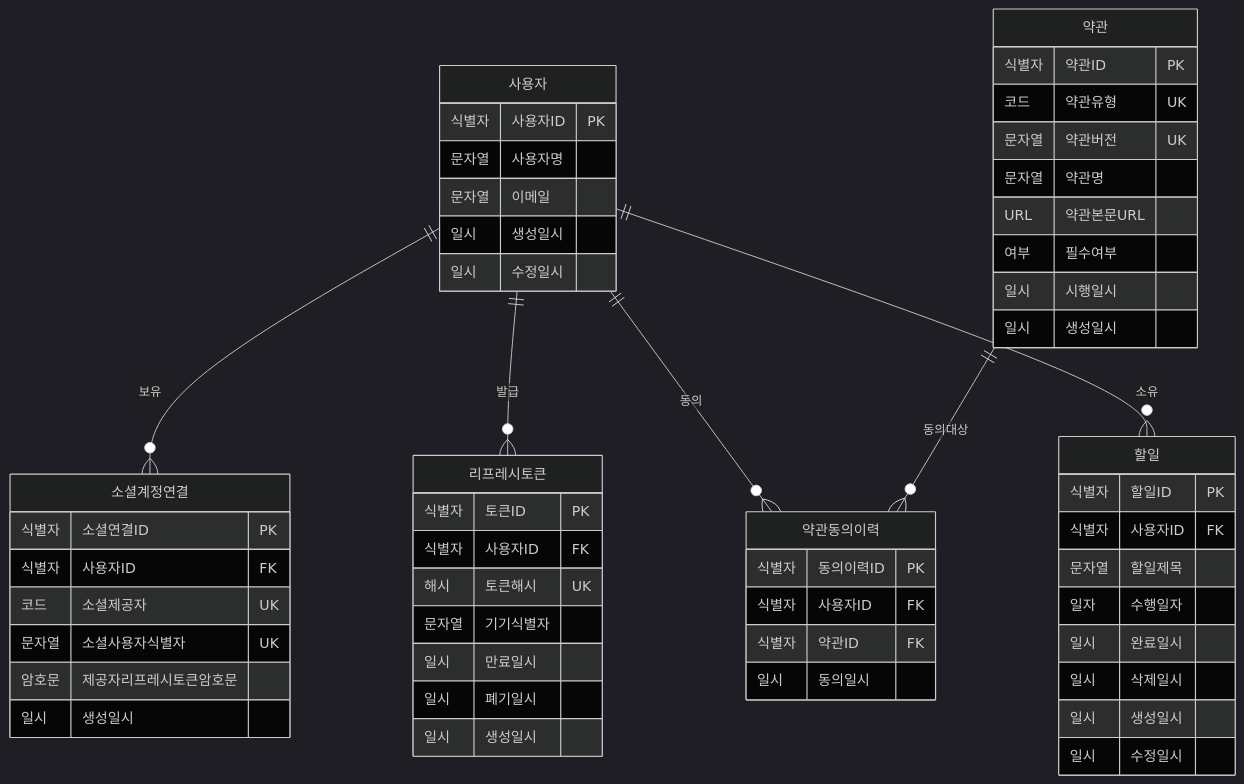
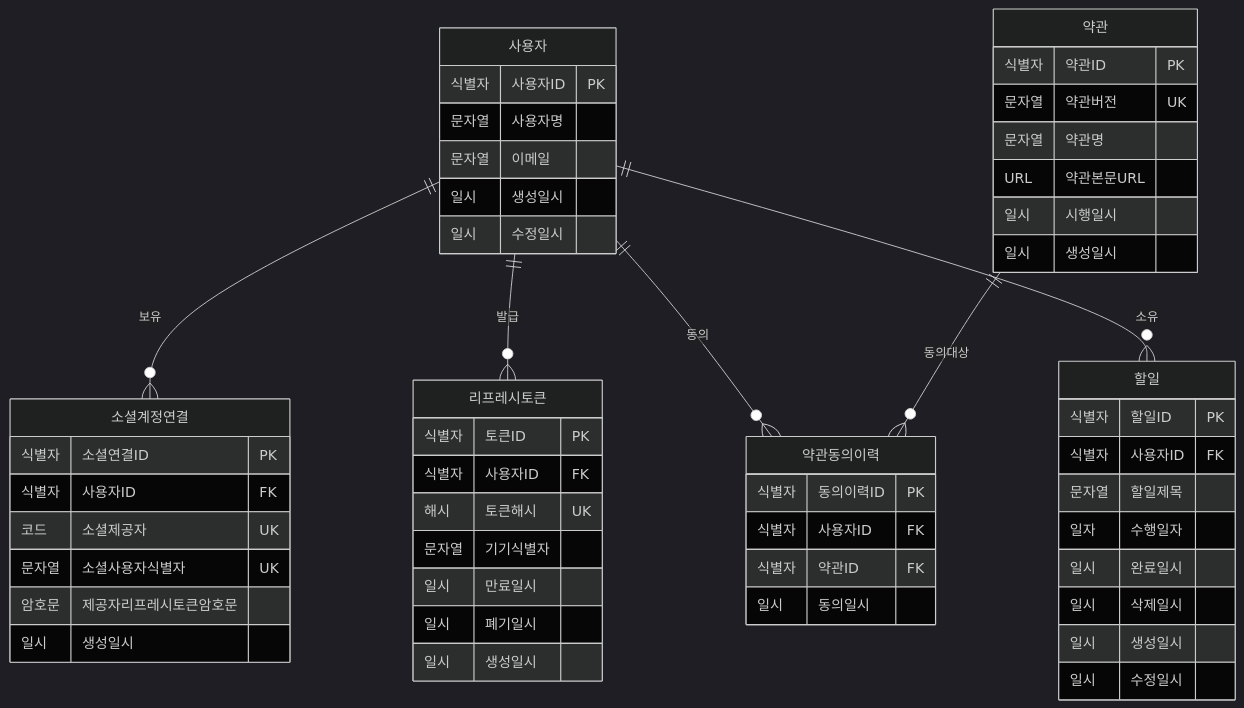
One commit to sunhojeongbin/harukok-be changed the first of 3 diagrams in docs/spec/04-erd.md. Above: the diagram before and after it, drawn with Mermaid (dark theme). The commit also changed other lines of this file and 4 other files, not shown here.

````diff
--- a/docs/spec/04-erd.md
+++ b/docs/spec/04-erd.md
@@ -18,64 +18,62 @@
 ```mermaid
 erDiagram
     "사용자" ||--o{ "소셜계정연결" : "보유"
     "사용자" ||--o{ "리프레시토큰" : "발급"
     "사용자" ||--o{ "약관동의이력" : "동의"
     "약관" ||--o{ "약관동의이력" : "동의대상"
     "사용자" ||--o{ "할일" : "소유"
 
     "사용자" {
         식별자 사용자ID PK
         문자열 사용자명
         문자열 이메일
         일시 생성일시
         일시 수정일시
     }
 
     "소셜계정연결" {
         식별자 소셜연결ID PK
         식별자 사용자ID FK
         코드 소셜제공자 UK
         문자열 소셜사용자식별자 UK
         암호문 제공자리프레시토큰암호문
         일시 생성일시
     }
 
     "리프레시토큰" {
         식별자 토큰ID PK
         식별자 사용자ID FK
         해시 토큰해시 UK
         문자열 기기식별자
         일시 만료일시
         일시 폐기일시
         일시 생성일시
     }
 
     "약관" {
         식별자 약관ID PK
-        코드 약관유형 UK
         문자열 약관버전 UK
         문자열 약관명
         URL 약관본문URL
-        여부 필수여부
         일시 시행일시
         일시 생성일시
     }
 
     "약관동의이력" {
         식별자 동의이력ID PK
         식별자 사용자ID FK
         식별자 약관ID FK
         일시 동의일시
     }
 
     "할일" {
         식별자 할일ID PK
         식별자 사용자ID FK
         문자열 할일제목
         일자 수행일자
         일시 완료일시
         일시 삭제일시
         일시 생성일시
         일시 수정일시
     }
 ```
````
